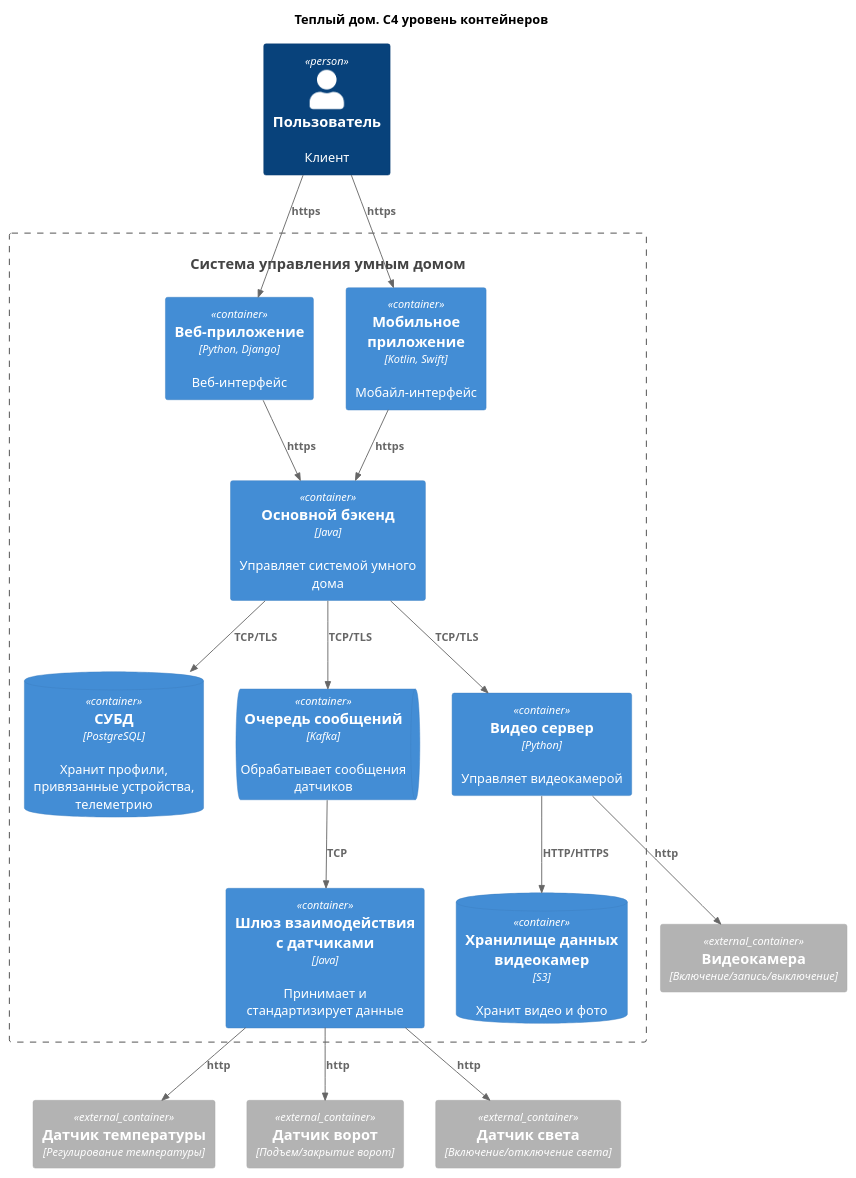
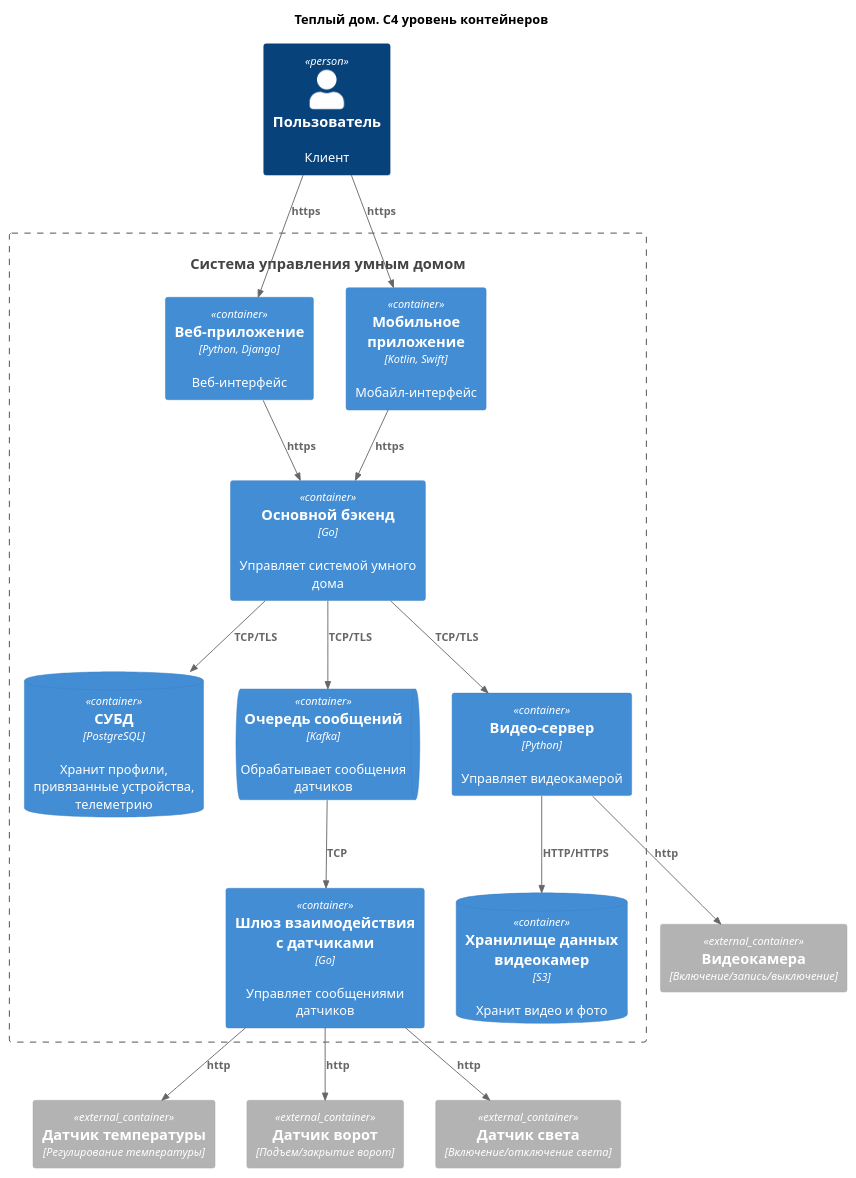
The diagram in 2_task/c4_container.puml (realjungleman/architecture-warmhouse), drawn with PlantUML before and after one commit. The commit also changed 4 other files, not shown here.

Commit message:
2_задание добавлена С4 диаграмма компонентов

```diff
--- a/2_task/c4_container.puml
+++ b/2_task/c4_container.puml
@@ -1,43 +1,43 @@
 @startuml
 title Теплый дом. С4 уровень контейнеров
 
 top to bottom direction
 
 !includeurl https://raw.githubusercontent.com/RicardoNiepel/C4-PlantUML/master/C4_Component.puml
 
 Person(user, "Пользователь", "Клиент")
 System(SmartHouse, "Система управления умным домом", "")
 
 Container_Boundary(SmartHouse, "Система управления умным домом") {
   Container(WebApp, "Веб-приложение", "Python, Django", "Веб-интерфейс")
   Container(MobileApp, "Мобильное приложение", "Kotlin, Swift", "Мобайл-интерфейс")
-  Container(MainSystem, "Основной бэкенд", "Java", "Управляет системой умного дома")
-  Container(ApiGate, "Шлюз взаимодействия с датчиками", "Java", "Принимает и стандартизирует данные")
+  Container(MainSystem, "Основной бэкенд", "Go", "Управляет системой умного дома")
+  Container(ApiGate, "Шлюз взаимодействия с датчиками", "Go", "Управляет сообщениями датчиков")
   ContainerDb(Database, "СУБД", "PostgreSQL", "Хранит профили, привязанные устройства, телеметрию")
-  Container(VideoStreaming, "Видео сервер", "Python", "Управляет видеокамерой")
+  Container(VideoStreaming, "Видео-сервер", "Python", "Управляет видеокамерой")
   ContainerDb(S3, "Хранилище данных видеокамер", "S3", "Хранит видео и фото")
   ContainerQueue(Queue, "Очередь сообщений", "Kafka", "Обрабатывает сообщения датчиков")
 }
 
 Container_Ext(temperatureSensor, "Датчик температуры", "Регулирование температуры")
 
 Container_Ext(gateSensor,"Датчик ворот", "Подъем/закрытие ворот")
 Container_Ext(videoCamera,"Видеокамера", "Включение/запись/выключение")
 Container_Ext(lightSensor,"Датчик света", "Включение/отключение света")
 
 Rel(user, WebApp, "https")
 Rel(user, MobileApp, "https")
 Rel(WebApp, MainSystem, "https")
 Rel(MobileApp, MainSystem, "https")
 Rel(MainSystem, Queue, "TCP/TLS")
 Rel(Queue, ApiGate, "TCP")
 Rel(MainSystem, VideoStreaming, "TCP/TLS")
 Rel(VideoStreaming, S3, "HTTP/HTTPS")
 Rel(MainSystem, Database, "TCP/TLS")
 
 Rel(VideoStreaming, videoCamera, "http")
 Rel(ApiGate, gateSensor, "http")
 Rel(ApiGate, temperatureSensor, "http")
 Rel(ApiGate, lightSensor, "http")
 
 @enduml
```
